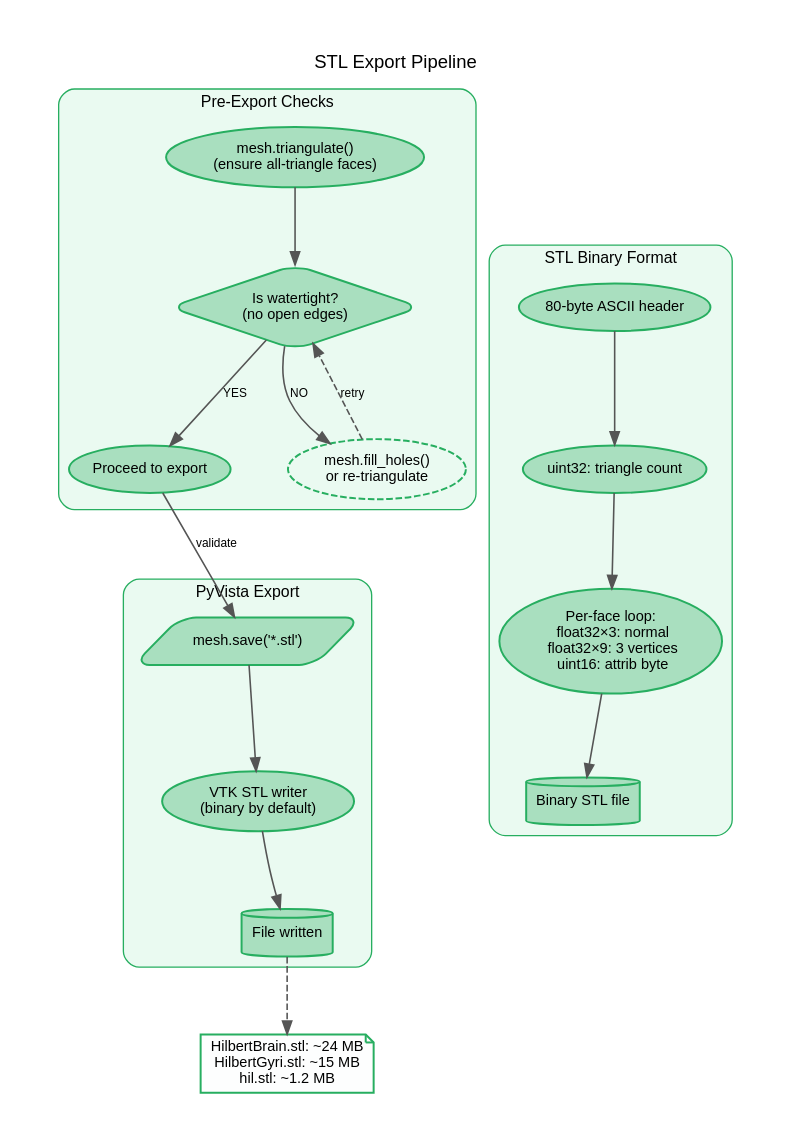
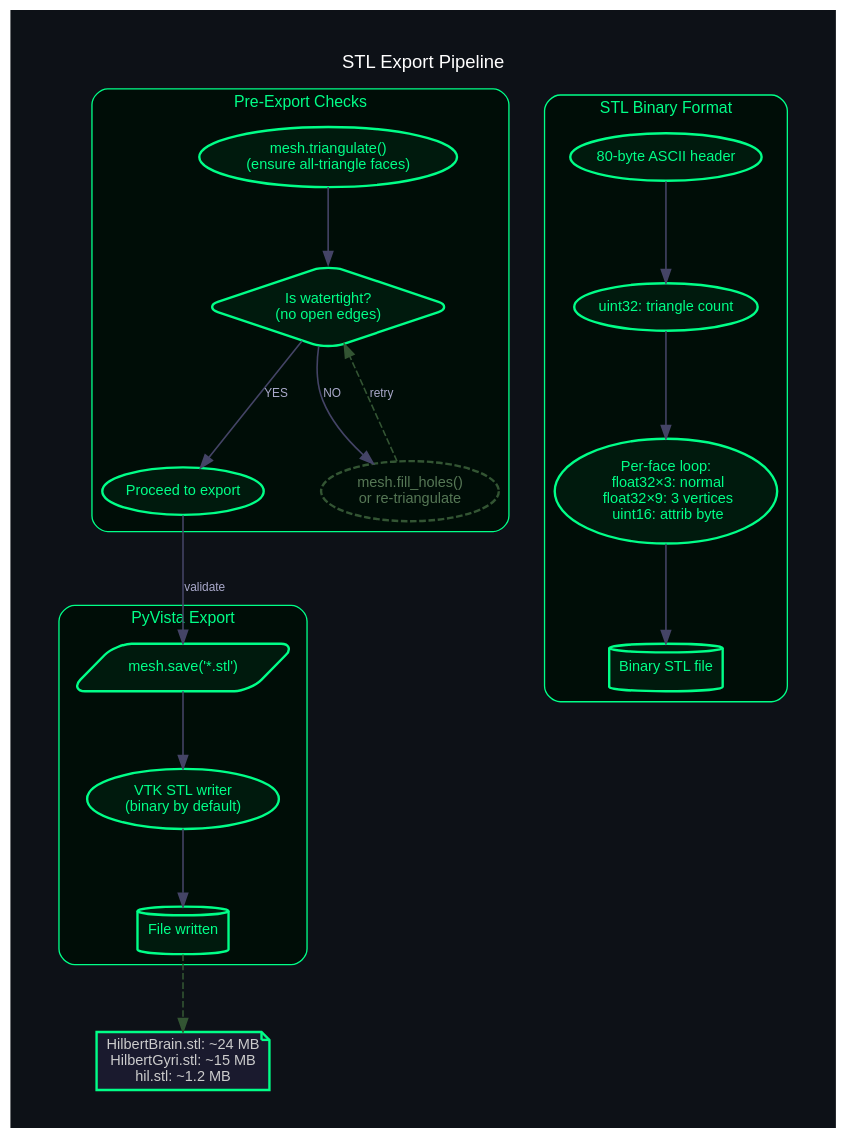
Before and after one commit to danindiana/hilbertbrane: the diagram in docs/diagrams_25/22_stl_export.dot, drawn with Graphviz. The commit also changed 78 other files, not shown here.

```diff
--- a/docs/diagrams_25/22_stl_export.dot
+++ b/docs/diagrams_25/22_stl_export.dot
@@ -1,60 +1,60 @@
 digraph G {
     graph [
         fontname="Helvetica,Arial,sans-serif"
-        bgcolor="#ffffff"
+        bgcolor="#0d1117"
+        fontcolor="white"
         splines=spline
         nodesep=0.6
         ranksep=0.8
         pad=0.4
         labelloc="t"
         labeljust="c"
         fontsize=14
     ]
-    node [fontname="Helvetica,Arial,sans-serif" fontsize=11 style="filled,rounded" penwidth=1.5]
-    edge [fontname="Helvetica,Arial,sans-serif" fontsize=9 color="#555555" penwidth=1.2]
+    node [fontname="Helvetica,Arial,sans-serif" fontsize=11 style="filled,rounded" penwidth=1.8 fontcolor="white"]
+    edge [fontname="Helvetica,Arial,sans-serif" fontsize=9 color="#444466" penwidth=1.2 fontcolor="#aaaacc"]
     graph [label="STL Export Pipeline" rankdir="TB"]
 
     subgraph cluster_check {
         label="Pre-Export Checks"
-        style="filled,rounded" fillcolor="#EAFAF1" color="#27AE60" fontsize=12
-        fontname="Helvetica,Arial,sans-serif"
+        style="filled,rounded" fillcolor="#000d07" color="#00ff88" fontsize=12
+        fontname="Helvetica,Arial,sans-serif" fontcolor="#00ff88"
 
-        c1 [label="mesh.triangulate()\n(ensure all-triangle faces)" fillcolor="#A9DFBF" color="#27AE60"]
-        c2 [label="Is watertight?\n(no open edges)" shape=diamond fillcolor="#A9DFBF" color="#27AE60"]
-        c3 [label="Proceed to export" fillcolor="#A9DFBF" color="#27AE60"]
-        c4 [label="mesh.fill_holes()\nor re-triangulate" style=dashed fillcolor="#D5F5E3" color="#27AE60"]
+        c1 [label="mesh.triangulate()\n(ensure all-triangle faces)" fillcolor="#001a0d" color="#00ff88" fontcolor="#00ff88"]
+        c2 [label="Is watertight?\n(no open edges)" shape=diamond fillcolor="#001a0d" color="#00ff88" fontcolor="#00ff88"]
+        c3 [label="Proceed to export" fillcolor="#001a0d" color="#00ff88" fontcolor="#00ff88"]
+        c4 [label="mesh.fill_holes()\nor re-triangulate" style=dashed fillcolor="#0d1a10" color="#335533" fontcolor="#557755"]
         c1 -> c2
         c2 -> c3 [label="YES"]
         c2 -> c4 [label="NO"]
-        c4 -> c2 [label="retry" style=dashed]
+        c4 -> c2 [label="retry" style=dashed color="#335533"]
     }
 
     subgraph cluster_fmt {
         label="STL Binary Format"
-        style="filled,rounded" fillcolor="#EAFAF1" color="#27AE60" fontsize=12
-        fontname="Helvetica,Arial,sans-serif"
+        style="filled,rounded" fillcolor="#000d07" color="#00ff88" fontsize=12
+        fontname="Helvetica,Arial,sans-serif" fontcolor="#00ff88"
 
-        f1 [label="80-byte ASCII header" fillcolor="#A9DFBF" color="#27AE60"]
-        f2 [label="uint32: triangle count" fillcolor="#A9DFBF" color="#27AE60"]
-        f3 [label="Per-face loop:\n  float32×3: normal\n  float32×9: 3 vertices\n  uint16: attrib byte" fillcolor="#A9DFBF" color="#27AE60"]
-        f4 [label="Binary STL file" shape=cylinder fillcolor="#A9DFBF" color="#27AE60"]
+        f1 [label="80-byte ASCII header" fillcolor="#001a0d" color="#00ff88" fontcolor="#00ff88"]
+        f2 [label="uint32: triangle count" fillcolor="#001a0d" color="#00ff88" fontcolor="#00ff88"]
+        f3 [label="Per-face loop:\n  float32×3: normal\n  float32×9: 3 vertices\n  uint16: attrib byte" fillcolor="#001a0d" color="#00ff88" fontcolor="#00ff88"]
+        f4 [label="Binary STL file" shape=cylinder fillcolor="#001a0d" color="#00ff88" fontcolor="#00ff88"]
         f1 -> f2 -> f3 -> f4
     }
 
     subgraph cluster_pv {
         label="PyVista Export"
-        style="filled,rounded" fillcolor="#EAFAF1" color="#27AE60" fontsize=12
-        fontname="Helvetica,Arial,sans-serif"
+        style="filled,rounded" fillcolor="#000d07" color="#00ff88" fontsize=12
+        fontname="Helvetica,Arial,sans-serif" fontcolor="#00ff88"
 
-        pv1 [label="mesh.save('*.stl')" shape=parallelogram fillcolor="#A9DFBF" color="#27AE60"]
-        pv2 [label="VTK STL writer\n(binary by default)" fillcolor="#A9DFBF" color="#27AE60"]
-        pv3 [label="File written" shape=cylinder fillcolor="#A9DFBF" color="#27AE60"]
+        pv1 [label="mesh.save('*.stl')" shape=parallelogram fillcolor="#001a0d" color="#00ff88" fontcolor="#00ff88"]
+        pv2 [label="VTK STL writer\n(binary by default)" fillcolor="#001a0d" color="#00ff88" fontcolor="#00ff88"]
+        pv3 [label="File written" shape=cylinder fillcolor="#001a0d" color="#00ff88" fontcolor="#00ff88"]
         pv1 -> pv2 -> pv3
     }
 
-    sizes [label="HilbertBrain.stl: ~24 MB\nHilbertGyri.stl: ~15 MB\nhil.stl: ~1.2 MB" shape=note fillcolor="#FDFEFE" color="#27AE60"]
+    sizes [label="HilbertBrain.stl: ~24 MB\nHilbertGyri.stl: ~15 MB\nhil.stl: ~1.2 MB" shape=note fillcolor="#1a1a2e" color="#00ff88" fontcolor="#cccccc"]
 
     c3 -> pv1 [label="validate"]
-    pv3 -> sizes [style=dashed]
-    f4 -> pv3 [style=invis]
+    pv3 -> sizes [style=dashed color="#335533"]
 }
```
